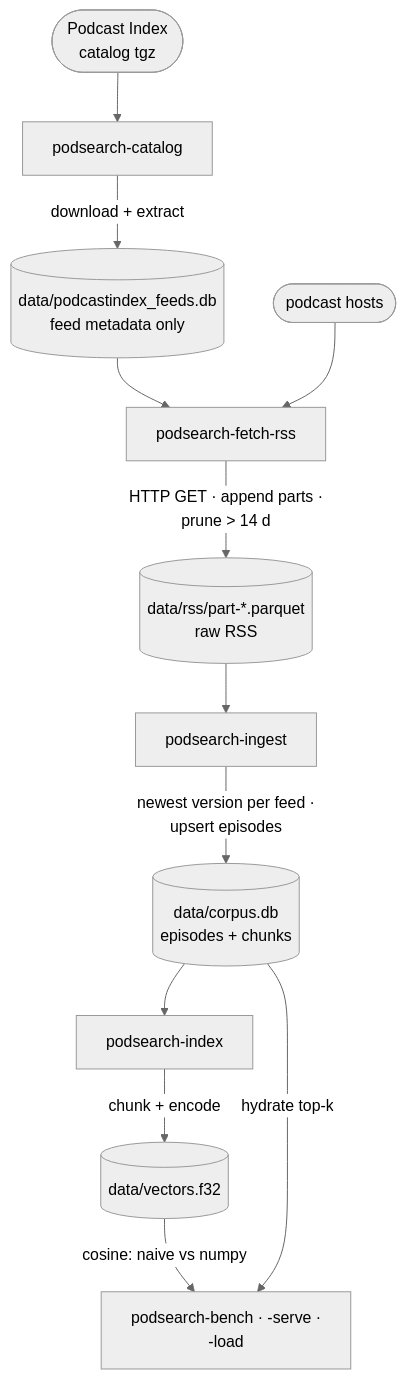
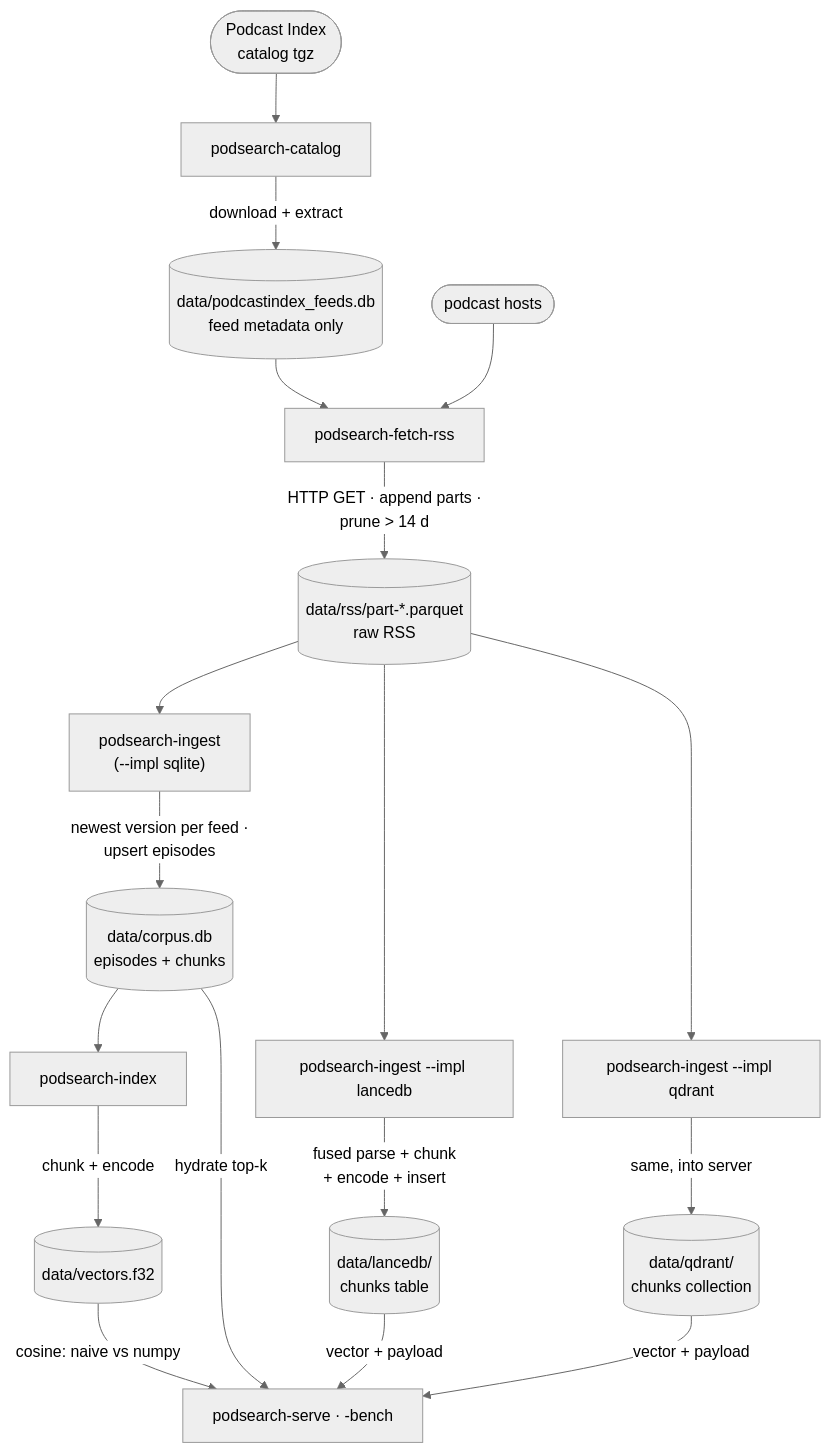
One commit to chr1st1ank/podsearch changed the diagram in README.md. Above: the diagram before and after it, drawn with Mermaid (neutral theme). The commit also changed other lines of this file, not shown here.

````diff
--- a/README.md
+++ b/README.md
@@ -36,14 +67,20 @@
 ```mermaid
 flowchart TD
     CAT(["Podcast Index<br/>catalog tgz"]) --> C1["podsearch-catalog"]
     C1 -->|"download + extract"| DB[("data/podcastindex_feeds.db<br/>feed metadata only")]
     DB --> C2["podsearch-fetch-rss"]
     WEB(["podcast hosts"]) --> C2
     C2 -->|"HTTP GET · append parts ·<br/>prune > 14 d"| PQ[("data/rss/part-*.parquet<br/>raw RSS")]
-    PQ --> C3["podsearch-ingest"]
+    PQ --> C3["podsearch-ingest<br/>(--impl sqlite)"]
     C3 -->|"newest version per feed ·<br/>upsert episodes"| CORP[("data/corpus.db<br/>episodes + chunks")]
     CORP --> C4["podsearch-index"]
     C4 -->|"chunk + encode"| VEC[("data/vectors.f32")]
-    VEC -->|"cosine: naive vs numpy"| S5["podsearch-bench · -serve ·<br/>-load"]
-    CORP -->|"hydrate top-k"| S5
+    PQ --> C5["podsearch-ingest --impl lancedb"]
+    C5 -->|"fused parse + chunk<br/>+ encode + insert"| LDB[("data/lancedb/<br/>chunks table")]
+    PQ --> C6["podsearch-ingest --impl qdrant"]
+    C6 -->|"same, into server"| QD[("data/qdrant/<br/>chunks collection")]
+    VEC -->|"cosine: naive vs numpy"| S["podsearch-serve · -bench"]
+    CORP -->|"hydrate top-k"| S
+    LDB -->|"vector + payload"| S
+    QD -->|"vector + payload"| S
 ```
````
